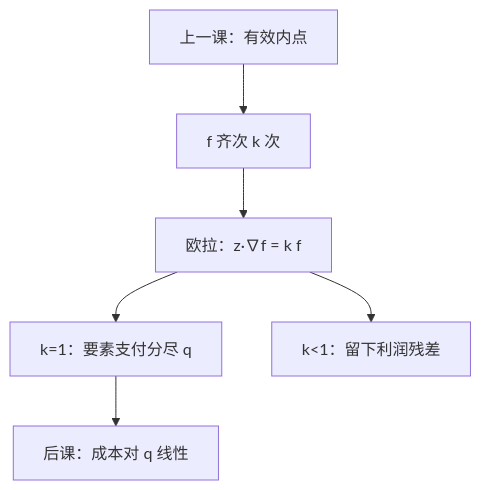
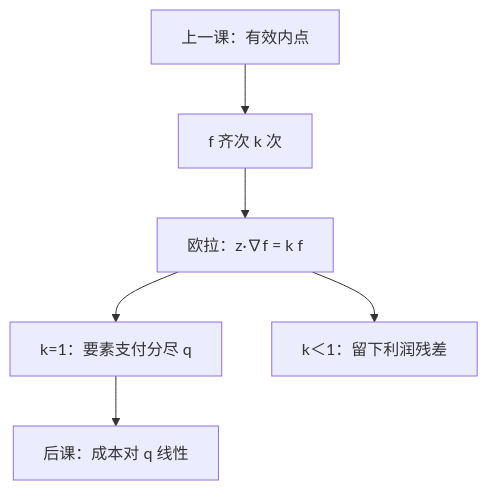
One commit to xhongduo-tech/xhongduo-tech.github.io changed the diagram in docs/econ/homothetic-production.md. Above: the diagram before and after it, drawn with Mermaid. The commit also changed other lines of this file and 772 other files, not shown here.

````diff
--- a/docs/econ/homothetic-production.md
+++ b/docs/econ/homothetic-production.md
@@ -40,8 +40,8 @@
 ```mermaid
 flowchart TD
   IN["上一课：有效内点"] --> HOM["f 齐次 k 次"]
   HOM --> EU["欧拉：z·∇f = k f"]
   EU --> CRS["k=1：要素支付分尽 q"]
-  EU --> DRS["k<1：留下利润残差"]
+  EU --> DRS["k＜1：留下利润残差"]
   CRS --> LATER["后课：成本对 q 线性"]
 ```
````
